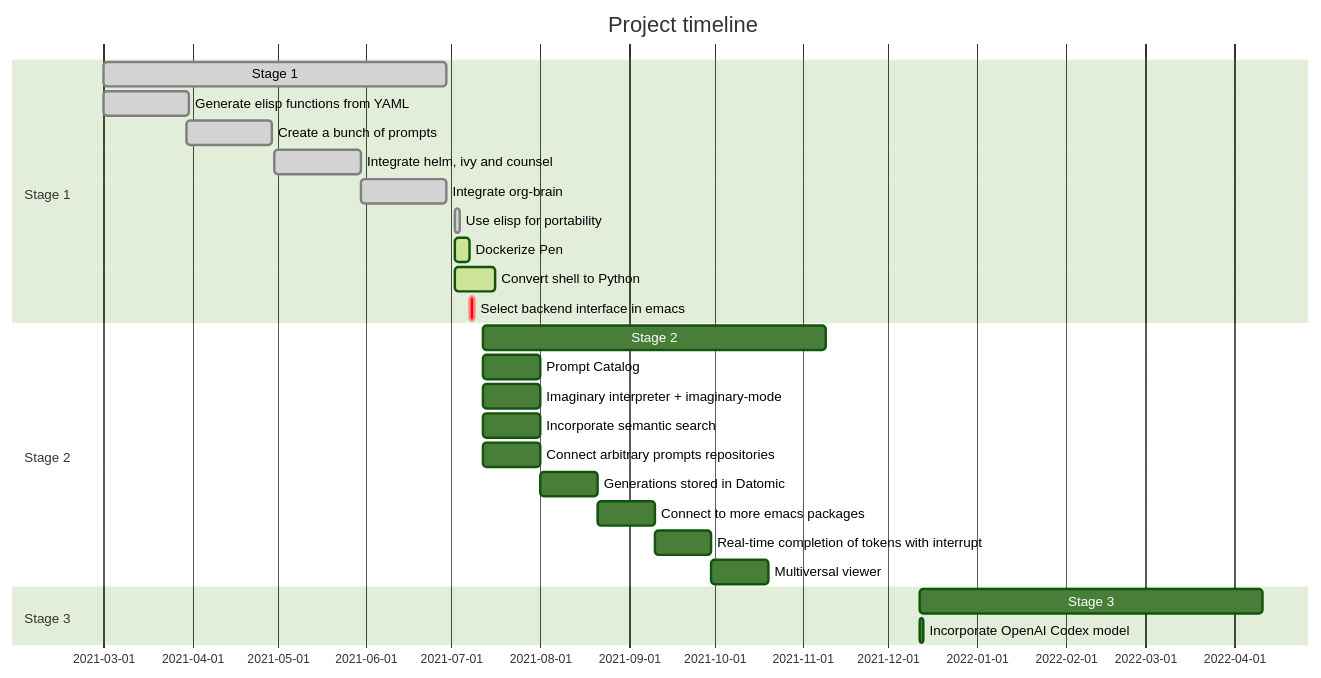
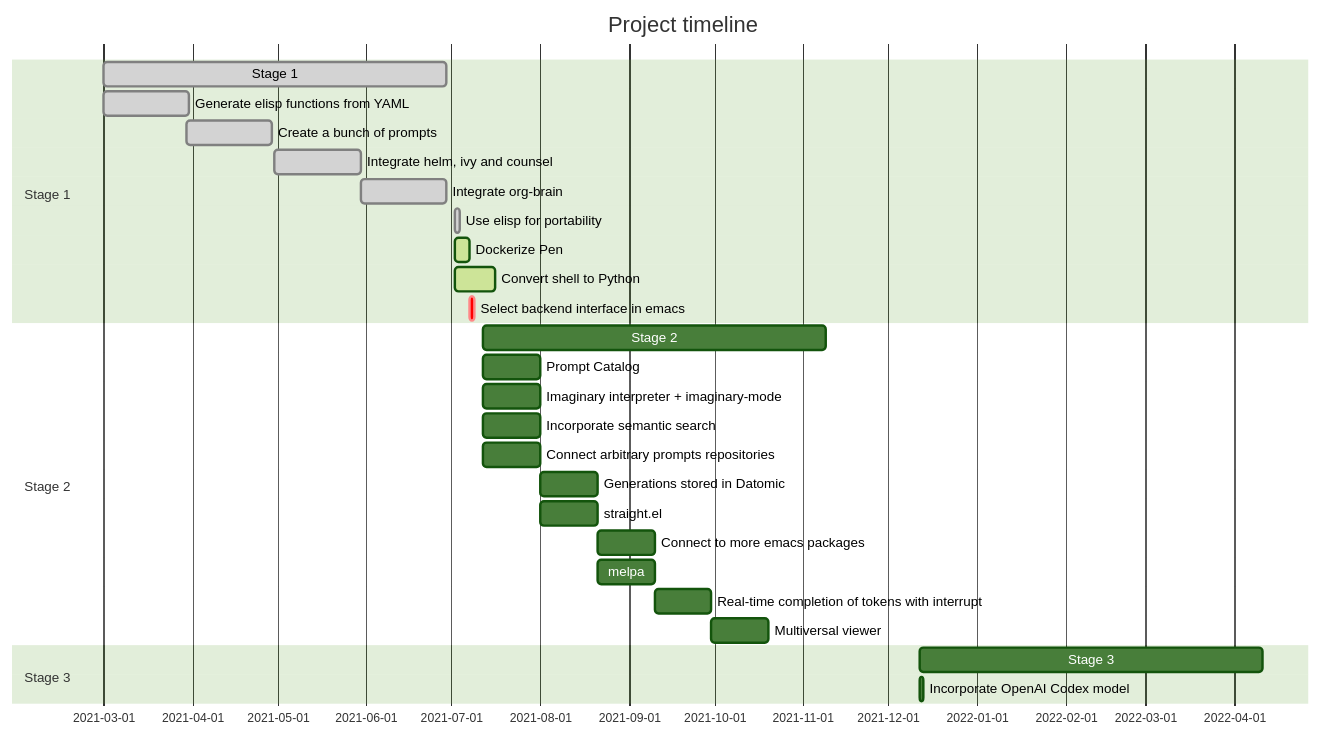
One commit to semiosis/pen.el changed the diagram in docs/README.org. Above: the diagram before and after it, drawn with Mermaid (forest theme).

Commit message:
Fri 02 Jul 2021 23:40:21

```diff
--- a/docs/README.org
+++ b/docs/README.org
@@ -31,28 +31,30 @@
 #+BEGIN_SRC mermaid :results raw :file project-timeline.png
   gantt
           title Project timeline
           dateFormat  YYYY-MM-DD
           section Stage 1
           Stage 1  :done, :s1, 2021-03-01, 120d
           Generate elisp functions from YAML  :done,  :a1, 2021-03-01, 30d
           Create a bunch of prompts  :done,   :a3, 2021-03-30, 30d
           Integrate helm, ivy and counsel  :done,   :a4, 2021-04-30, 30d
           Integrate org-brain  :done,   :a5, 2021-05-30, 30d
           Use elisp for portability :done,  :b2, 2021-07-02, 2d
           Dockerize Pen : active, b3, after b2 , 5d
           Convert shell to Python : active, b4, after b2 , 14d
           Select backend interface in emacs :crit, after b3, 2d
           section Stage 2
           Stage 2  :s2, 2021-07-12, 120d
           Prompt Catalog : b6a, 2021-07-12, 20d
           Imaginary interpreter + imaginary-mode : b11, 2021-07-12, 20d
           Incorporate semantic search : b12, 2021-07-12, 20d
           Connect arbitrary prompts repositories : b6, 2021-07-12, 20d
           Generations stored in Datomic : b7, after b6, 20d
+          straight.el : b13, after b6, 20d
           Connect to more emacs packages : b8, after b7 , 20d
+          melpa : b14, after b7 , 20d
           Real-time completion of tokens with interrupt : b9, after b8, 20d
           Multiversal viewer : b10, after b9, 20d
           section Stage 3
           Stage 3  :s3, 2021-12-12, 120d
           Incorporate OpenAI Codex model : c1, 2021-12-12, 1d
 #+END_SRC
```
